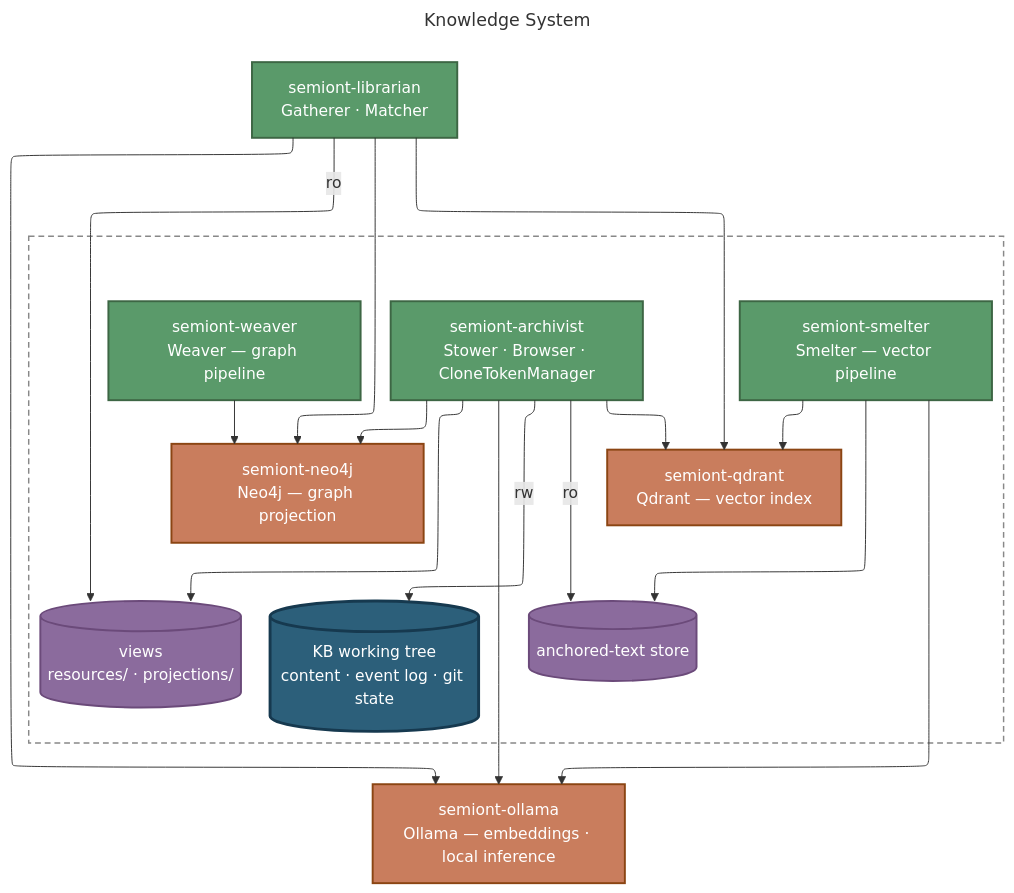
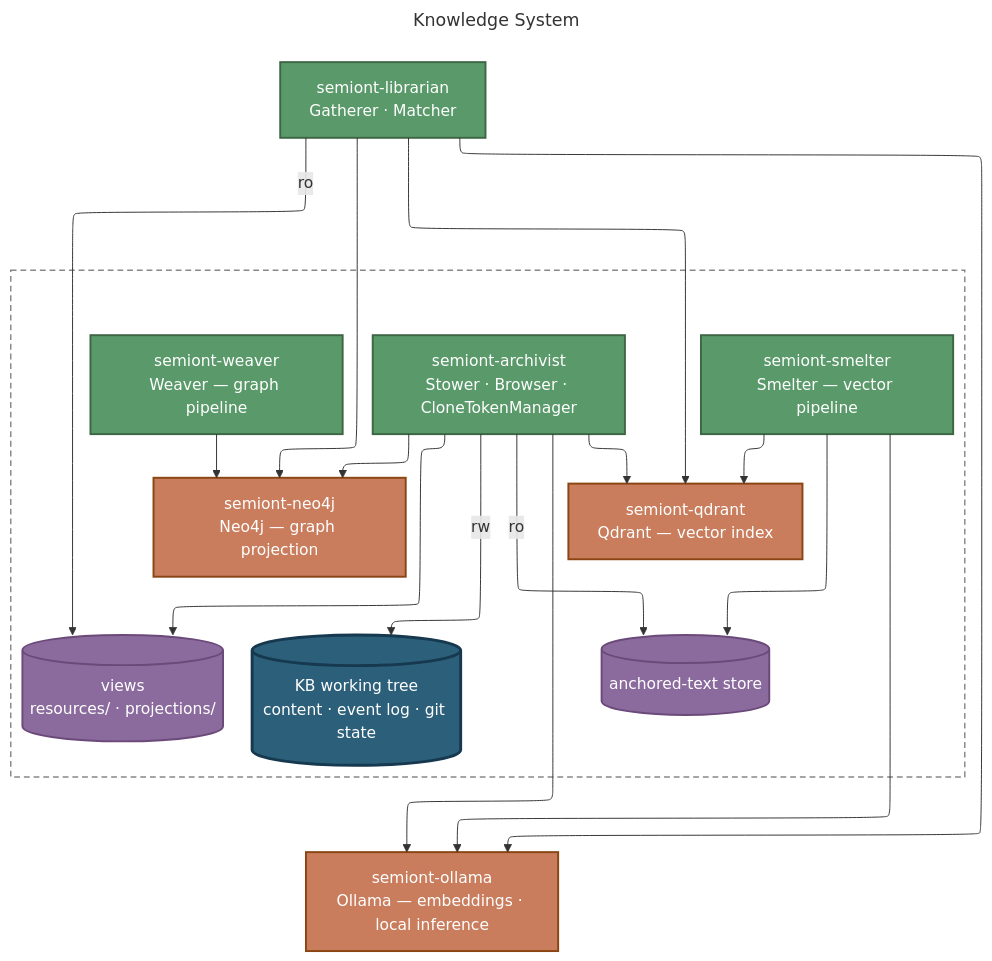
The diagram in docs/system/KNOWLEDGE-SYSTEM.md (The-AI-Alliance/semiont), drawn with Mermaid before and after one commit. The commit also changed 36 other files, not shown here.

````diff
--- a/docs/system/KNOWLEDGE-SYSTEM.md
+++ b/docs/system/KNOWLEDGE-SYSTEM.md
@@ -25,54 +25,58 @@
 ```mermaid
 ---
 title: Knowledge System
 config:
   layout: elk
 ---
 graph TB
     LIB["semiont-librarian<br/>Gatherer · Matcher"]
 
     subgraph G2 [" "]
         SMELT["semiont-smelter<br/>Smelter — vector pipeline"]
         WEAVE["semiont-weaver<br/>Weaver — graph pipeline"]
         ARCH["semiont-archivist<br/>Stower · Browser · CloneTokenManager"]
         QD["semiont-qdrant<br/>Qdrant — vector index"]
         NEO["semiont-neo4j<br/>Neo4j — graph projection"]
         ANCH[("anchored-text store")]
         VIEWS[("views<br/>resources/ · projections/")]
         TREE[("KB working tree<br/>content · event log · git state")]
     end
 
     OL["semiont-ollama<br/>Ollama — embeddings · local inference"]
 
     ARCH -->|rw| TREE
     ARCH --> VIEWS
     LIB -->|ro| VIEWS
     SMELT --> ANCH
     ARCH -->|ro| ANCH
 
     WEAVE --> NEO
     ARCH --> NEO
     LIB --> NEO
     SMELT --> QD
     ARCH --> QD
     LIB --> QD
     SMELT --> OL
     ARCH --> OL
     LIB --> OL
 
     classDef svc fill:#5a9a6a,stroke:#3d6644,stroke-width:2px,color:#fff
     classDef infra fill:#c97d5d,stroke:#8b4513,stroke-width:2px,color:#fff
     classDef store fill:#8b6b9d,stroke:#6b4a7a,stroke-width:2px,color:#fff
     classDef record fill:#2c5f7a,stroke:#16394f,stroke-width:3px,color:#fff
 
     class LIB,SMELT,WEAVE,ARCH svc
     class QD,NEO,OL infra
     class ANCH,VIEWS store
     class TREE record
 
+    LIB ~~~ SMELT
+    LIB ~~~ WEAVE
+    LIB ~~~ ARCH
+    TREE ~~~ OL
     NEO ~~~ TREE
     NEO ~~~ VIEWS
     QD ~~~ ANCH
 
     style G2 fill:none,stroke:#888,stroke-width:1.5px,stroke-dasharray:6 4
 ```
````
